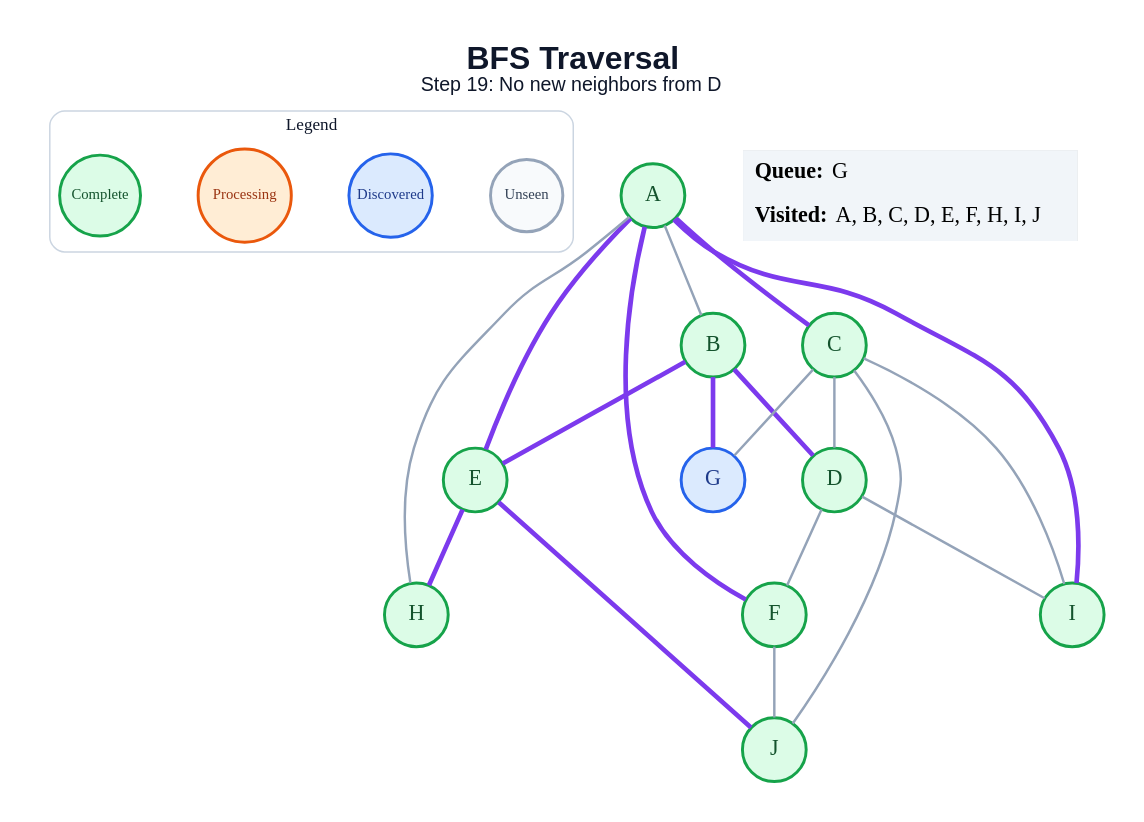
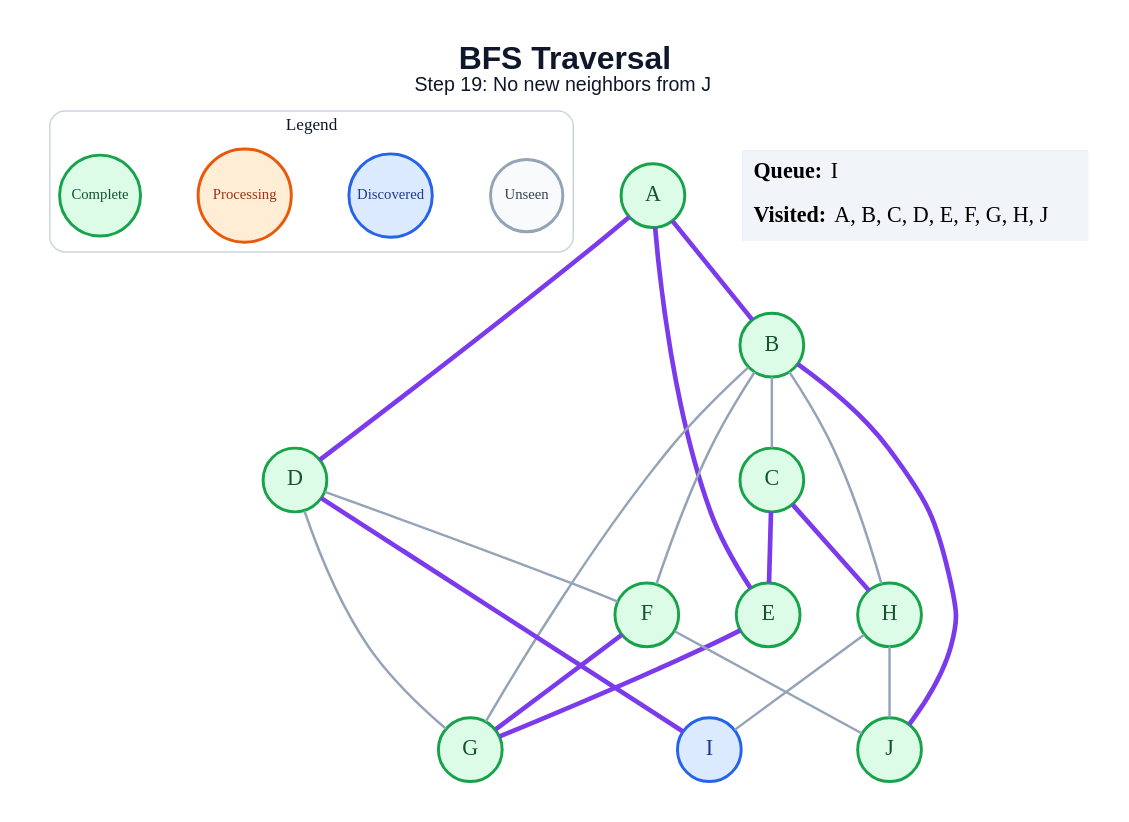
One commit to amanghodawala9/ai-slop changed the diagram in generated/specific-node/bfs/step_19.dot. Above: the diagram before and after it, drawn with Graphviz. The commit also changed 178 other files, not shown here.

```diff
--- a/generated/specific-node/bfs/step_19.dot
+++ b/generated/specific-node/bfs/step_19.dot
@@ -1,47 +1,47 @@
 graph traversal {
   graph [layout=dot, rankdir=TB, bgcolor="#FFFFFF", pad="0.35", nodesep="0.65", ranksep="0.8", fontname="Arial"];
   node [shape=circle, style="filled", fontname="Arial Bold", fontsize=18, width=0.72, fixedsize=true, penwidth=2.4];
   edge [color="#94A3B8", penwidth=2.0];
-  label=<<B>BFS Traversal</B><BR/><FONT POINT-SIZE="16">Step 19: No new neighbors from D</FONT>>; labelloc="t"; fontsize=26; fontname="Arial"; fontcolor="#0F172A";
+  label=<<B>BFS Traversal</B><BR/><FONT POINT-SIZE="16">Step 19: No new neighbors from J</FONT>>; labelloc="t"; fontsize=26; fontname="Arial"; fontcolor="#0F172A";
   subgraph cluster_legend { label="Legend"; color="#CBD5E1"; penwidth=1.2; style="rounded"; fontsize=14; fontname="Arial Bold";
     key_unseen [label="Unseen", fillcolor="#F8FAFC", color="#94A3B8", fontcolor="#334155", fontsize=12, width=0.82];
     key_frontier [label="Discovered", fillcolor="#DBEAFE", color="#2563EB", fontcolor="#1E3A8A", fontsize=12, width=0.95];
     key_current [label="Processing", fillcolor="#FFEDD5", color="#EA580C", fontcolor="#9A3412", fontsize=12, width=1.05];
     key_done [label="Complete", fillcolor="#DCFCE7", color="#16A34A", fontcolor="#14532D", fontsize=12, width=0.92];
     { rank=same; key_unseen; key_frontier; key_current; key_done; }
   }
   A [fillcolor="#DCFCE7", color="#16A34A", fontcolor="#14532D"];
   B [fillcolor="#DCFCE7", color="#16A34A", fontcolor="#14532D"];
   C [fillcolor="#DCFCE7", color="#16A34A", fontcolor="#14532D"];
   D [fillcolor="#DCFCE7", color="#16A34A", fontcolor="#14532D"];
   E [fillcolor="#DCFCE7", color="#16A34A", fontcolor="#14532D"];
   F [fillcolor="#DCFCE7", color="#16A34A", fontcolor="#14532D"];
-  G [fillcolor="#DBEAFE", color="#2563EB", fontcolor="#1E3A8A"];
+  G [fillcolor="#DCFCE7", color="#16A34A", fontcolor="#14532D"];
   H [fillcolor="#DCFCE7", color="#16A34A", fontcolor="#14532D"];
-  I [fillcolor="#DCFCE7", color="#16A34A", fontcolor="#14532D"];
+  I [fillcolor="#DBEAFE", color="#2563EB", fontcolor="#1E3A8A"];
   J [fillcolor="#DCFCE7", color="#16A34A", fontcolor="#14532D"];
-  A -- B;
-  A -- C [color="#7C3AED", penwidth=3.8];
+  A -- B [color="#7C3AED", penwidth=3.8];
+  A -- D [color="#7C3AED", penwidth=3.8];
   A -- E [color="#7C3AED", penwidth=3.8];
-  A -- F [color="#7C3AED", penwidth=3.8];
-  A -- H;
-  A -- I [color="#7C3AED", penwidth=3.8];
-  B -- D [color="#7C3AED", penwidth=3.8];
-  B -- E [color="#7C3AED", penwidth=3.8];
-  B -- G [color="#7C3AED", penwidth=3.8];
-  C -- D;
-  C -- G;
-  C -- I;
-  C -- J;
+  B -- C;
+  B -- F;
+  B -- G;
+  B -- H;
+  B -- J [color="#7C3AED", penwidth=3.8];
+  C -- E [color="#7C3AED", penwidth=3.8];
+  C -- H [color="#7C3AED", penwidth=3.8];
   D -- F;
-  D -- I;
-  E -- H [color="#7C3AED", penwidth=3.8];
-  E -- J [color="#7C3AED", penwidth=3.8];
+  D -- G;
+  D -- I [color="#7C3AED", penwidth=3.8];
+  E -- G [color="#7C3AED", penwidth=3.8];
+  F -- G [color="#7C3AED", penwidth=3.8];
   F -- J;
+  H -- I;
+  H -- J;
   status [shape=plain, fixedsize=false, width=0, height=0, margin=0, label=<
     <TABLE BORDER="0" CELLBORDER="0" CELLPADDING="7" BGCOLOR="#F1F5F9">
-      <TR><TD ALIGN="LEFT"><B>Queue:</B> G</TD></TR>
-      <TR><TD ALIGN="LEFT"><B>Visited:</B> A, B, C, D, E, F, H, I, J</TD></TR>
+      <TR><TD ALIGN="LEFT"><B>Queue:</B> I</TD></TR>
+      <TR><TD ALIGN="LEFT"><B>Visited:</B> A, B, C, D, E, F, G, H, J</TD></TR>
     </TABLE>
   >];
 }
```
